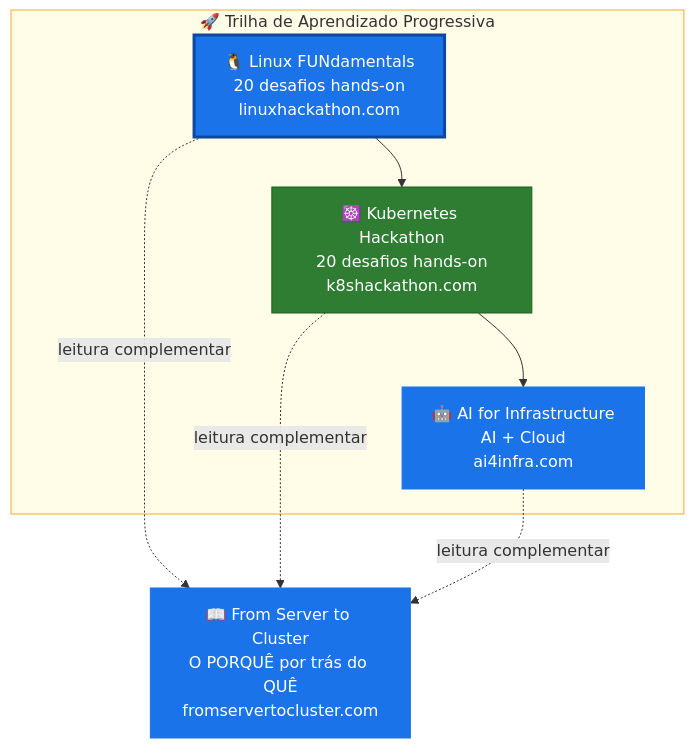
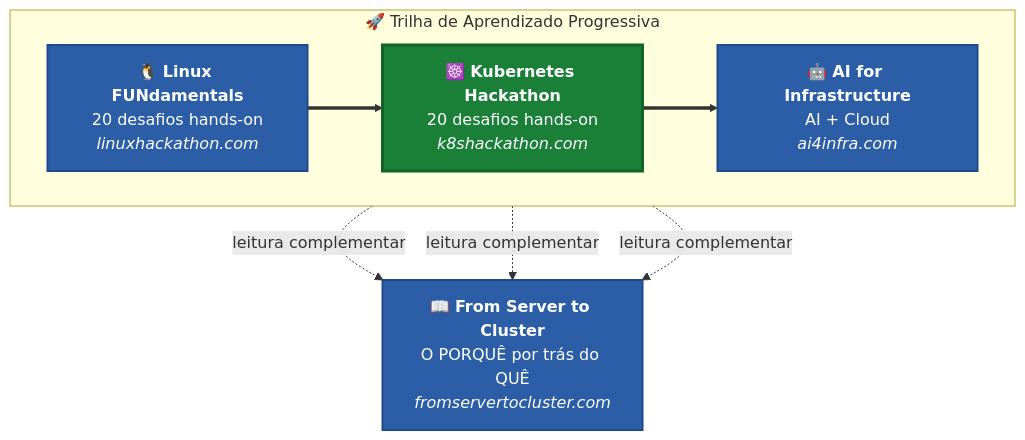
The diagram in README.md (ricmmartins/fasthack-linux), drawn with Mermaid before and after one commit.

Commit message:
corrige cores do diagrama para corresponder ao padrão

````diff
--- a/README.md
+++ b/README.md
@@ -96,22 +96,25 @@
 ```mermaid
-flowchart TD
-    subgraph path["🚀 Trilha de Aprendizado Progressiva"]
-        A["🐧 Linux FUNdamentals\n20 desafios hands-on\nlinuxhackathon.com"]:::highlight --> B["☸️ Kubernetes Hackathon\n20 desafios hands-on\nk8shackathon.com"]:::green
-        B --> C["🤖 AI for Infrastructure\nAI + Cloud\nai4infra.com"]:::blue
+flowchart TB
+    subgraph journey["🚀 Trilha de Aprendizado Progressiva"]
+        direction LR
+        A["🐧 <b>Linux FUNdamentals</b><br/>20 desafios hands-on<br/><i>linuxhackathon.com</i>"] ==> B["☸️ <b>Kubernetes Hackathon</b><br/>20 desafios hands-on<br/><i>k8shackathon.com</i>"] ==> C["🤖 <b>AI for Infrastructure</b><br/>AI + Cloud<br/><i>ai4infra.com</i>"]
     end
-    D["📖 From Server to Cluster\nO PORQUÊ por trás do QUÊ\nfromservertocluster.com"]:::blue
-    A -. "leitura complementar" .-> D
-    B -. "leitura complementar" .-> D
-    C -. "leitura complementar" .-> D
 
-    classDef highlight fill:#1a73e8,stroke:#0d47a1,color:#fff,stroke-width:3px
-    classDef green fill:#2e7d32,stroke:#1b5e20,color:#fff
-    classDef blue fill:#1a73e8,stroke:#1a73e8,color:#fff
+    A -.->|leitura complementar| D
+    B -.->|leitura complementar| D
+    C -.->|leitura complementar| D
 
-    style path fill:#fffde7,stroke:#f9a825,color:#333
+    D["📖 <b>From Server to Cluster</b><br/>O PORQUÊ por trás do QUÊ<br/><i>fromservertocluster.com</i>"]
+
+    classDef challenge fill:#2b5ea7,stroke:#1e4a8a,color:#fff,stroke-width:2px
+    classDef hackathon fill:#1a7f37,stroke:#116329,color:#fff,stroke-width:3px
+
+    class A,C challenge
+    class B hackathon
+    class D challenge
 
     click A "https://linuxhackathon.com" _blank
     click B "https://k8shackathon.com" _blank
     click C "https://ai4infra.com" _blank
     click D "https://fromservertocluster.com" _blank
 ```
````
